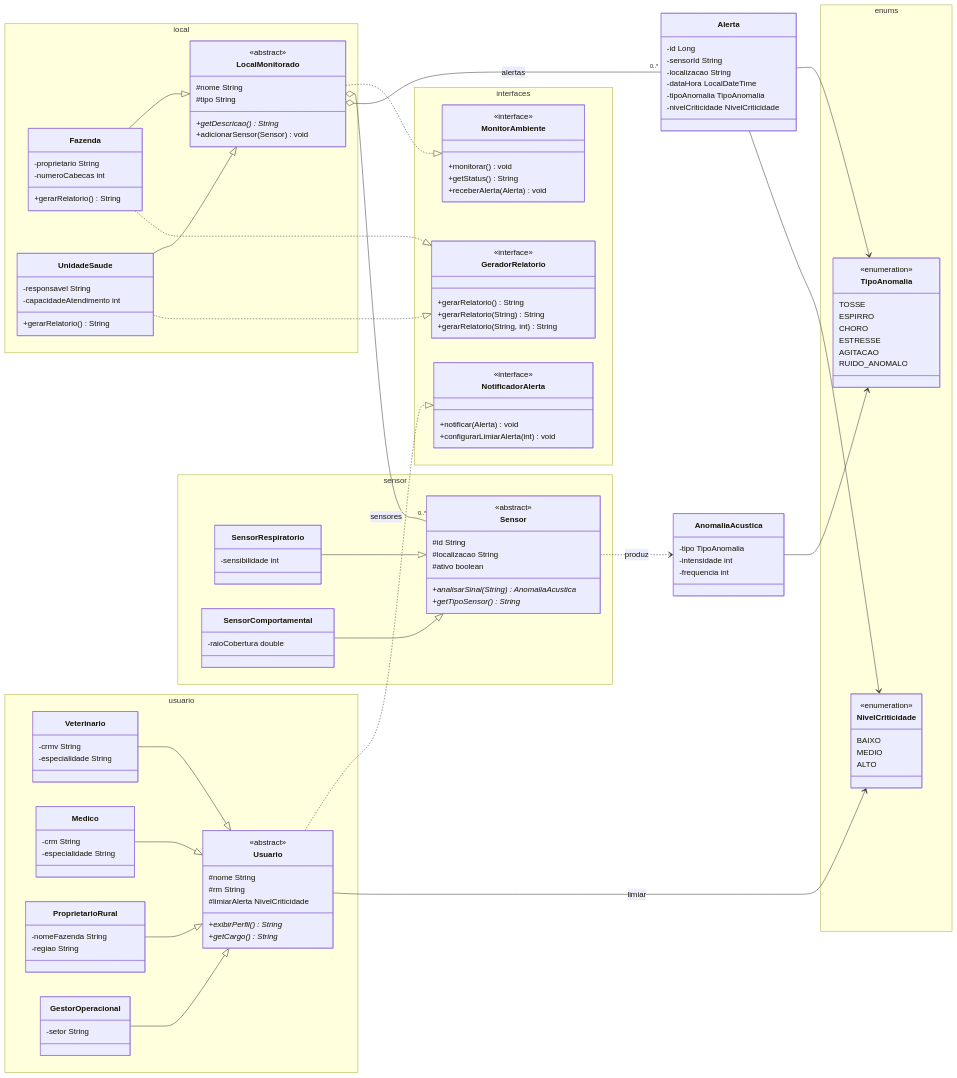
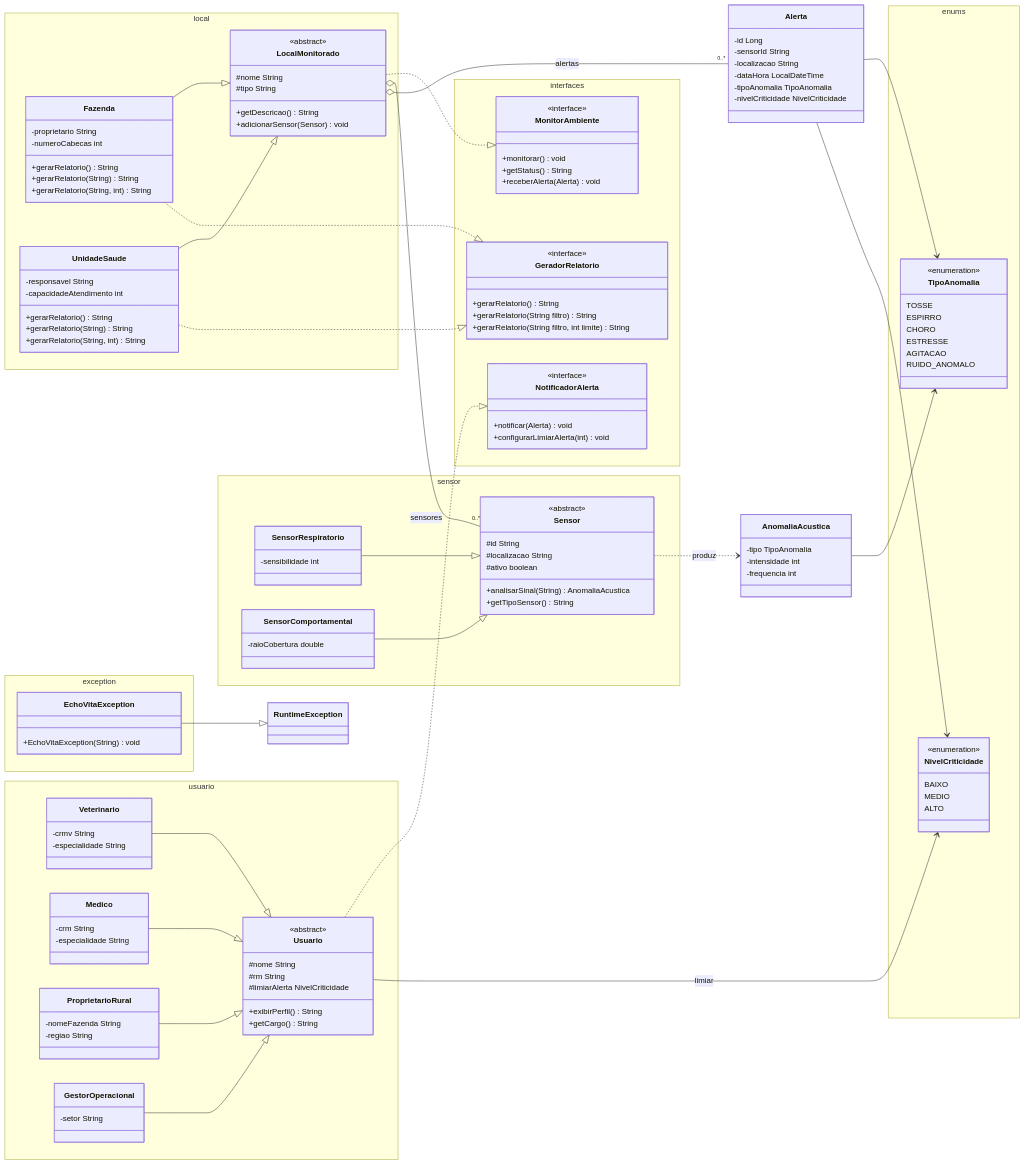
The diagram in README.md (Fiap-ESPY/echo-vita-app), drawn with Mermaid before and after one commit. The commit also changed other lines of this file and 29 other files, not shown here.

```diff
--- a/README.md
+++ b/README.md
@@ -68,8 +93,8 @@
         class GeradorRelatorio {
             <<interface>>
             +gerarRelatorio() String
-            +gerarRelatorio(String) String
-            +gerarRelatorio(String, int) String
+            +gerarRelatorio(String filtro) String
+            +gerarRelatorio(String filtro, int limite) String
         }
     }
 
@@ -78,18 +103,22 @@
             <<abstract>>
             #nome String
             #tipo String
-            +getDescricao()* String
+            +getDescricao() String
             +adicionarSensor(Sensor) void
         }
         class Fazenda {
             -proprietario String
             -numeroCabecas int
             +gerarRelatorio() String
+            +gerarRelatorio(String) String
+            +gerarRelatorio(String, int) String
         }
         class UnidadeSaude {
             -responsavel String
             -capacidadeAtendimento int
             +gerarRelatorio() String
+            +gerarRelatorio(String) String
+            +gerarRelatorio(String, int) String
         }
     }
 
@@ -99,8 +128,8 @@
             #id String
             #localizacao String
             #ativo boolean
-            +analisarSinal(String)* AnomaliaAcustica
-            +getTipoSensor()* String
+            +analisarSinal(String) AnomaliaAcustica
+            +getTipoSensor() String
         }
         class SensorRespiratorio {
             -sensibilidade int
@@ -116,8 +145,8 @@
             #nome String
             #rm String
             #limiarAlerta NivelCriticidade
-            +exibirPerfil()* String
-            +getCargo()* String
+            +exibirPerfil() String
+            +getCargo() String
         }
         class Veterinario {
             -crmv String
@@ -154,6 +183,12 @@
         }
     }
 
+    namespace exception {
+        class EchoVitaException {
+            +EchoVitaException(String) void
+        }
+    }
+
     class Alerta {
         -id Long
         -sensorId String
@@ -181,6 +216,7 @@
     Medico --|> Usuario
     ProprietarioRural --|> Usuario
     GestorOperacional --|> Usuario
+    EchoVitaException --|> RuntimeException
     LocalMonitorado o-- "0..*" Sensor : sensores
     LocalMonitorado o-- "0..*" Alerta : alertas
     Sensor ..> AnomaliaAcustica : produz
```
